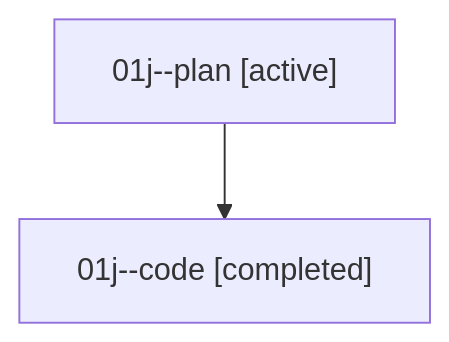
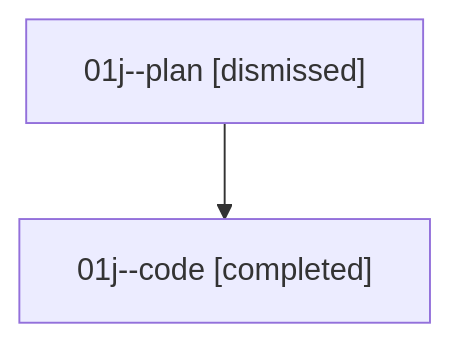
Before and after one commit to sase-org/sase--agents: the diagram in sessions/bbugyi200.athena.01j.md, drawn with Mermaid. The commit also changed other lines of this file and 20 other files, not shown here.

````diff
--- a/sessions/bbugyi200.athena.01j.md
+++ b/sessions/bbugyi200.athena.01j.md
@@ -9,6 +9,6 @@
 ```mermaid
 flowchart TD
-  n0["01j--plan [active]"]
+  n0["01j--plan [dismissed]"]
   n1["01j--code [completed]"]
   n0 --> n1
 ```
````
